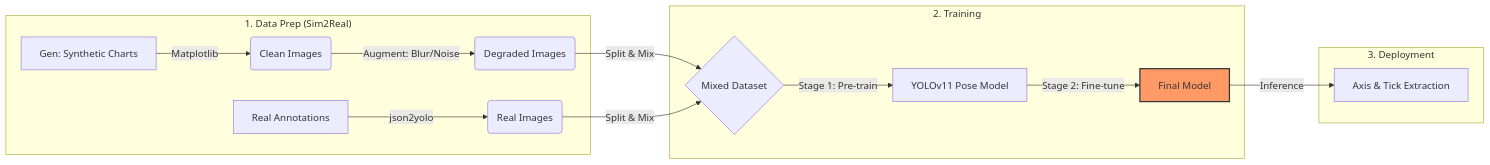
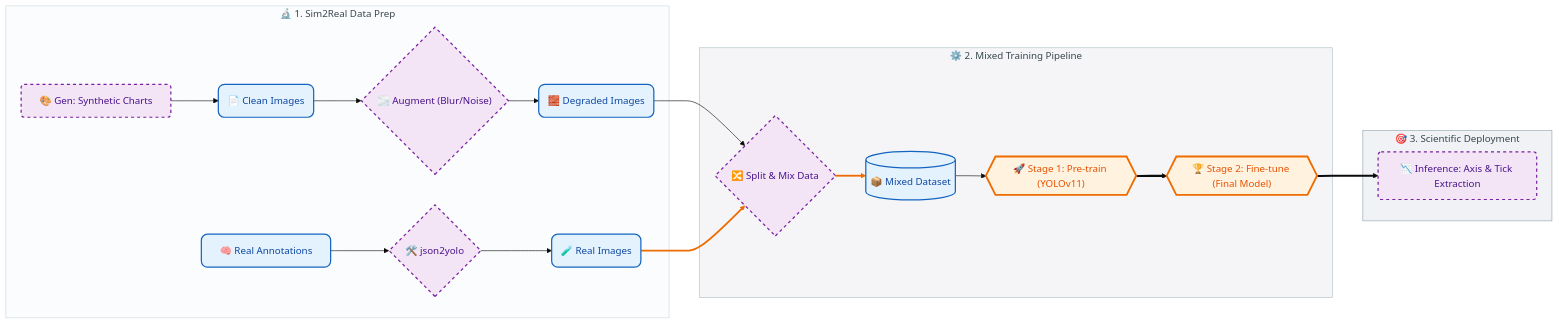
The diagram in README.md (Zephyr1023/infrared-spectroscopy-and-XANES-spectroscopy-scale-detect), drawn with Mermaid before and after one commit.

Commit message:
README.md

````diff
--- a/README.md
+++ b/README.md
@@ -39,21 +39,39 @@
 ```mermaid
-graph LR
-    subgraph "1. Data Prep (Sim2Real)"
-    A[Gen: Synthetic Charts] -->|Matplotlib| B(Clean Images)
-    B -->|Augment: Blur/Noise| C(Degraded Images)
-    D[Real Annotations] -->|json2yolo| E(Real Images)
+%%{init: {'theme': 'base'}}%%
+flowchart LR
+    %% 定义样式类 (Scientific Palette)
+    %% data: 蓝色系, 圆角矩形, 代表数据产物
+    classDef data fill:#e3f2fd,stroke:#1565c0,stroke-width:2px,color:#0d47a1,rx:10,ry:10;
+    %% proc: 紫色系, 虚线边框, 代表处理过程/动作
+    classDef proc fill:#f3e5f5,stroke:#7b1fa2,stroke-width:2px,color:#4a148c,rx:5,ry:5,stroke-dasharray: 5 5;
+    %% model: 橙色系, 较粗边框, 代表核心模型
+    classDef model fill:#fff3e0,stroke:#ef6c00,stroke-width:3px,color:#e65100,rx:15,ry:15;
+
+    subgraph SG1 ["🔬 1. Sim2Real Data Prep"]
+        A["🎨 Gen: Synthetic Charts"]:::proc --> B("📄 Clean Images"):::data
+        B --> C{"🌫️ Augment (Blur/Noise)"}:::proc
+        C --> D("🧱 Degraded Images"):::data
+        R["🧠 Real Annotations"]:::data --> S{"🛠️ json2yolo"}:::proc
+        S --> E("🧪 Real Images"):::data
     end
     
-    subgraph "2. Training"
-    C & E -->|Split & Mix| F{Mixed Dataset}
-    F -->|Stage 1: Pre-train| G[YOLOv11 Pose Model]
-    G -->|Stage 2: Fine-tune| H[Final Model]
+    subgraph SG2 ["⚙️ 2. Mixed Training Pipeline"]
+        D & E --> M{"🔀 Split & Mix Data"}:::proc
+        M --> F[("📦 Mixed Dataset")]:::data
+        F --> G{{"🚀 Stage 1: Pre-train (YOLOv11)"}}:::model
+        G ==> H{{"🏆 Stage 2: Fine-tune (Final Model)"}}:::model
     end
     
-    subgraph "3. Deployment"
-    H -->|Inference| I[Axis & Tick Extraction]
+    subgraph SG3 ["🎯 3. Scientific Deployment"]
+        H ==> I["📉 Inference: Axis & Tick Extraction"]:::proc
     end
     
-    style H fill:#f96,stroke:#333,stroke-width:2px
+    %% 强调模型之间的连接线
+    linkStyle 6,7 stroke:#ef6c00,stroke-width:3px,fill:none;
+
+    %% 淡化子图背景
+    style SG1 fill:#fbfcfd,stroke:#cfd8dc,color:#37474f
+    style SG2 fill:#f5f5f7,stroke:#b0bec5,color:#37474f
+    style SG3 fill:#f0f2f5,stroke:#90a4ae,color:#37474f
 
 ```
````
